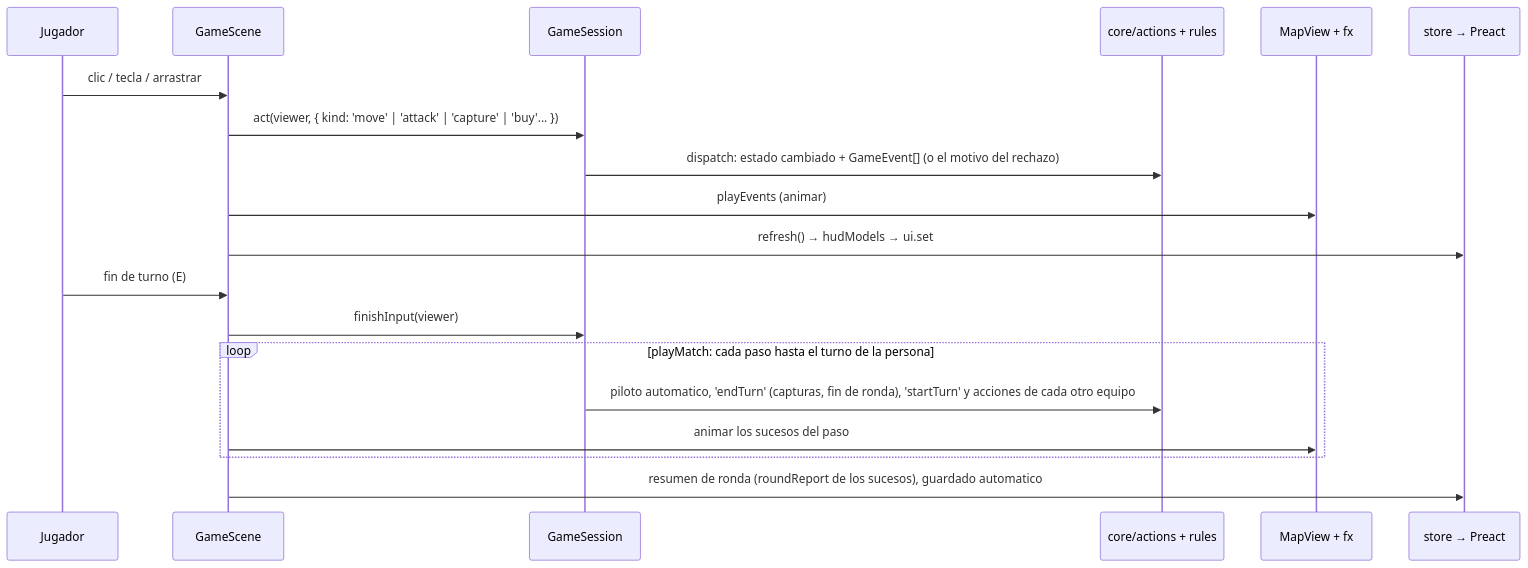
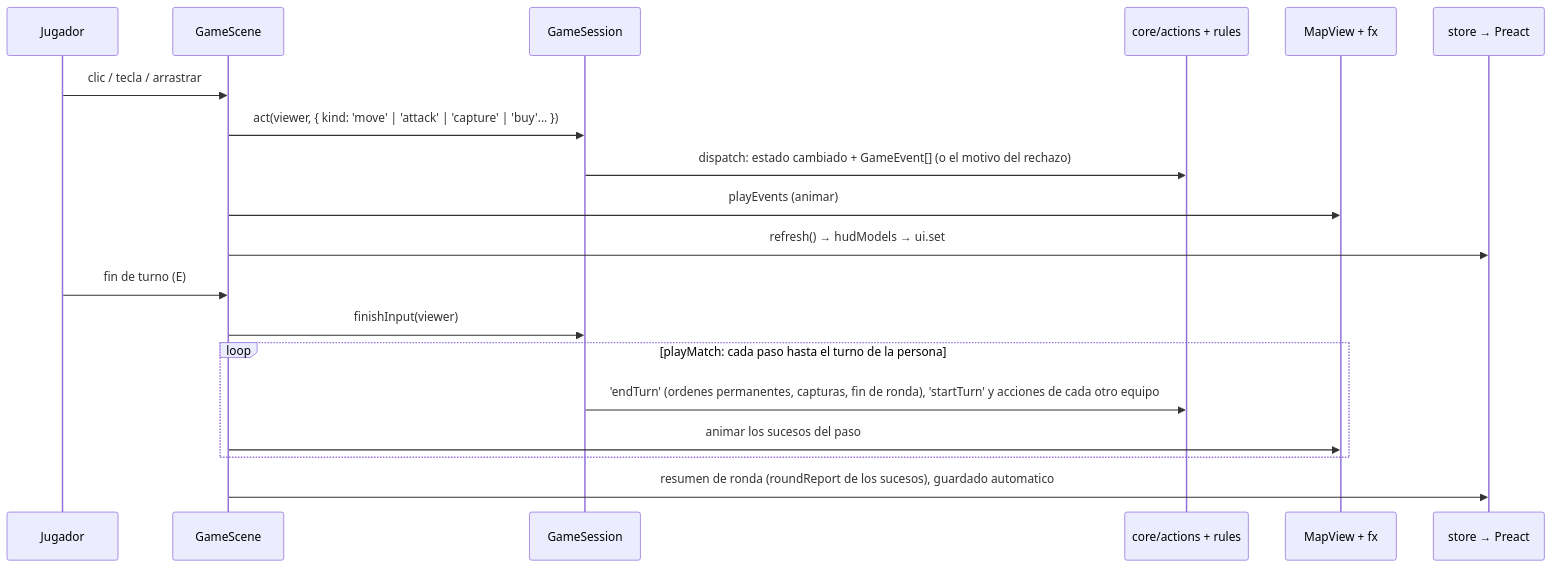
One commit to uSources/ilogic-remake changed the second of 2 diagrams in docs/ARQUITECTURA.md. Above: the diagram before and after it, drawn with Mermaid. The commit also changed other lines of this file and 3 other files, not shown here.

````diff
--- a/docs/ARQUITECTURA.md
+++ b/docs/ARQUITECTURA.md
@@ -386,21 +398,21 @@
 ```mermaid
 sequenceDiagram
   participant J as Jugador
   participant G as GameScene
   participant S as GameSession
   participant R as core/actions + rules
   participant V as MapView + fx
   participant H as store → Preact
   J->>G: clic / tecla / arrastrar
   G->>S: act(viewer, { kind: 'move' | 'attack' | 'capture' | 'buy'... })
   S->>R: dispatch: estado cambiado + GameEvent[] (o el motivo del rechazo)
   G->>V: playEvents (animar)
   G->>H: refresh() → hudModels → ui.set
   J->>G: fin de turno (E)
   G->>S: finishInput(viewer)
   loop playMatch: cada paso hasta el turno de la persona
-    S->>R: piloto automatico, 'endTurn' (capturas, fin de ronda), 'startTurn' y acciones de cada otro equipo
+    S->>R: 'endTurn' (ordenes permanentes, capturas, fin de ronda), 'startTurn' y acciones de cada otro equipo
     G->>V: animar los sucesos del paso
   end
   G->>H: resumen de ronda (roundReport de los sucesos), guardado automatico
 ```
````
